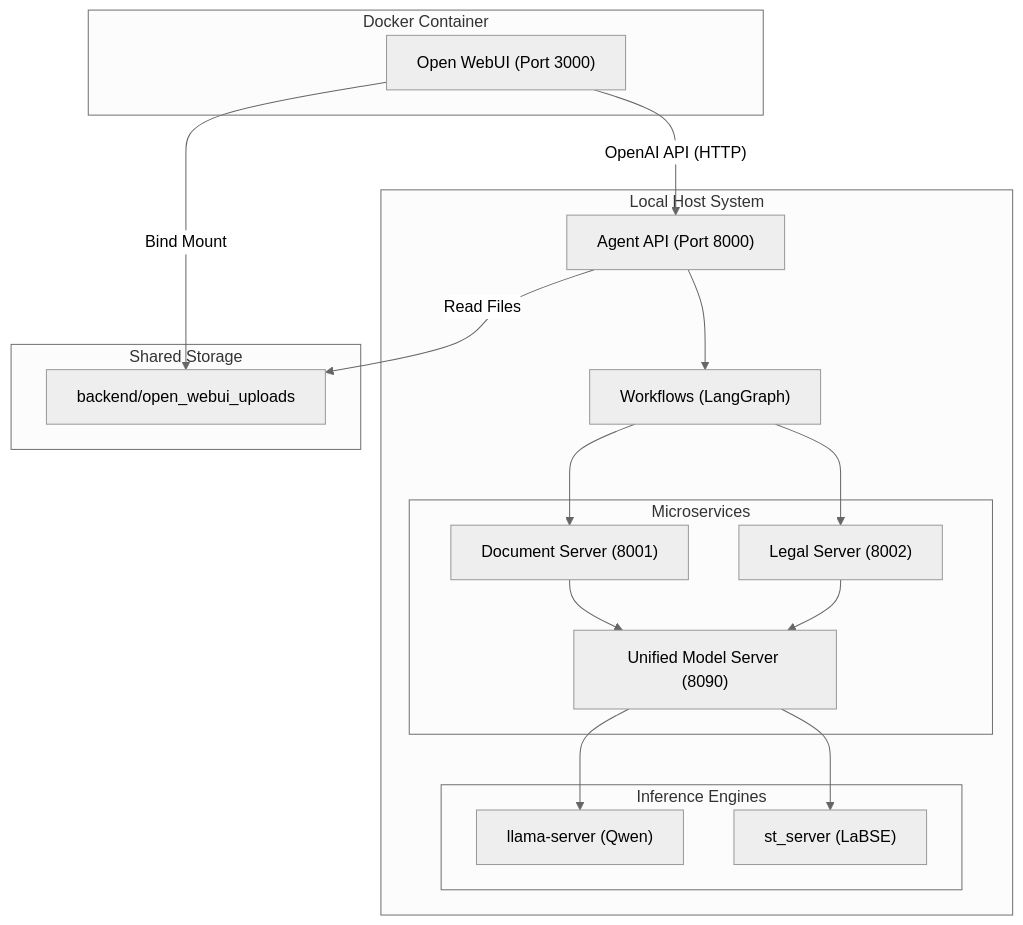
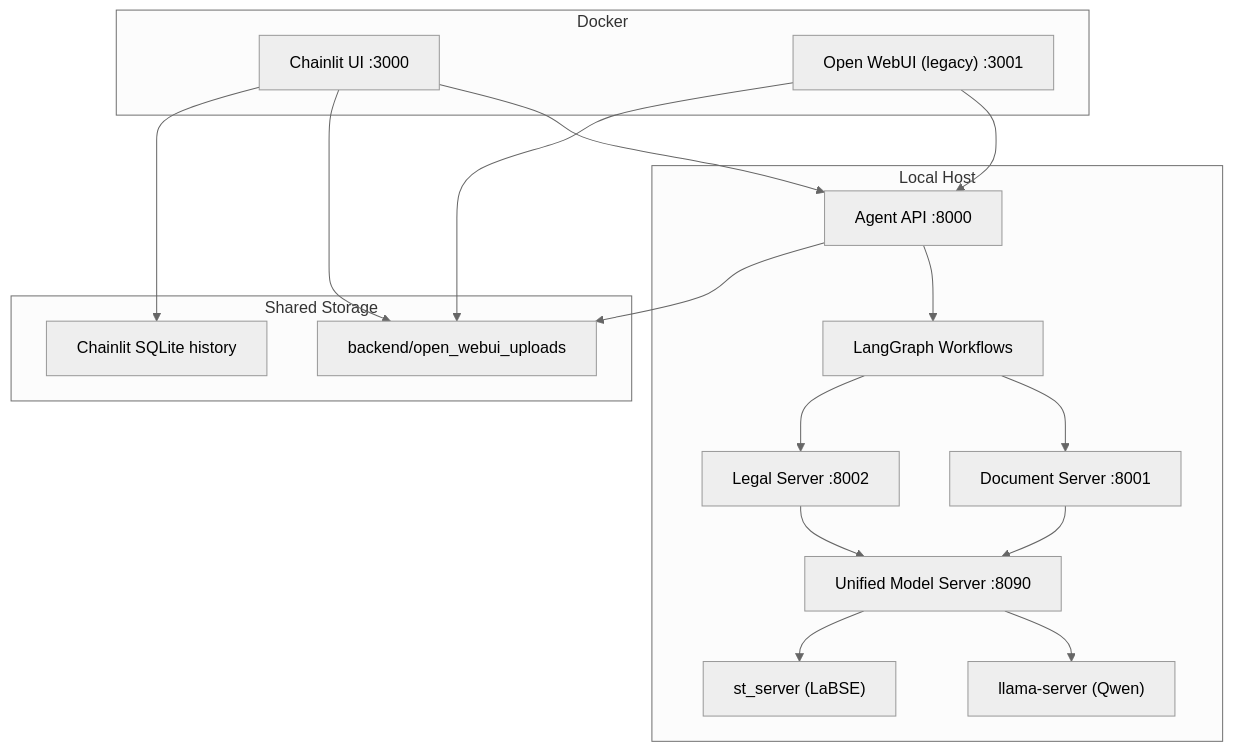
The diagram in README.md (senorfrancesco/agent-navigator-pro), drawn with Mermaid (neutral theme) before and after one commit. The commit also changed other lines of this file and 1 other file, not shown here.

Commit message:
docs(repo): refresh readme and agent guidance

````diff
--- a/README.md
+++ b/README.md
@@ -11,38 +12,36 @@
 ```mermaid
 graph TD
-    subgraph Docker ["Docker Container"]
-        UI["Open WebUI (Port 3000)"]
+    subgraph Docker ["Docker"]
+        CL["Chainlit UI :3000"]
+        OW["Open WebUI (legacy) :3001"]
     end
-    
-    subgraph Host ["Local Host System"]
-        AG["Agent API (Port 8000)"]
-        W["Workflows (LangGraph)"]
-        
-        subgraph Services ["Microservices"]
-            DS["Document Server (8001)"]
-            LS["Legal Server (8002)"]
-            UMS["Unified Model Server (8090)"]
-        end
-        
-        subgraph Inference ["Inference Engines"]
-            LSVR["llama-server (Qwen)"]
-            ST["st_server (LaBSE)"]
-        end
+
+    subgraph Host ["Local Host"]
+        AG["Agent API :8000"]
+        ORCH["LangGraph Workflows"]
+        DS["Document Server :8001"]
+        LS["Legal Server :8002"]
+        UMS["Unified Model Server :8090"]
+        LLM["llama-server (Qwen)"]
+        ST["st_server (LaBSE)"]
     end
-    
+
     subgraph Storage ["Shared Storage"]
-        FS["backend/open_webui_uploads"]
+        UP["backend/open_webui_uploads"]
+        DB["Chainlit SQLite history"]
     end
-    
-    UI -- "OpenAI API (HTTP)" --> AG
-    UI -- "Bind Mount" --> FS
-    AG -- "Read Files" --> FS
-    
-    AG --> W
-    W --> DS
-    W --> LS
+
+    CL --> AG
+    OW --> AG
+    AG --> ORCH
+    ORCH --> DS
+    ORCH --> LS
     DS --> UMS
     LS --> UMS
-    UMS --> LSVR
+    UMS --> LLM
     UMS --> ST
+    CL --> UP
+    OW --> UP
+    AG --> UP
+    CL --> DB
 ```
````
